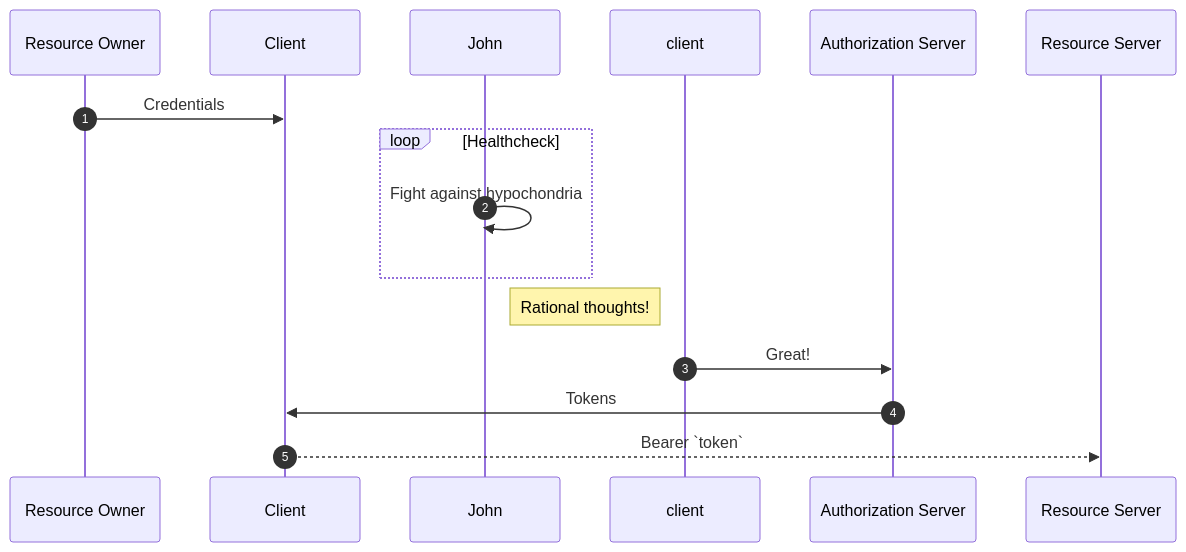
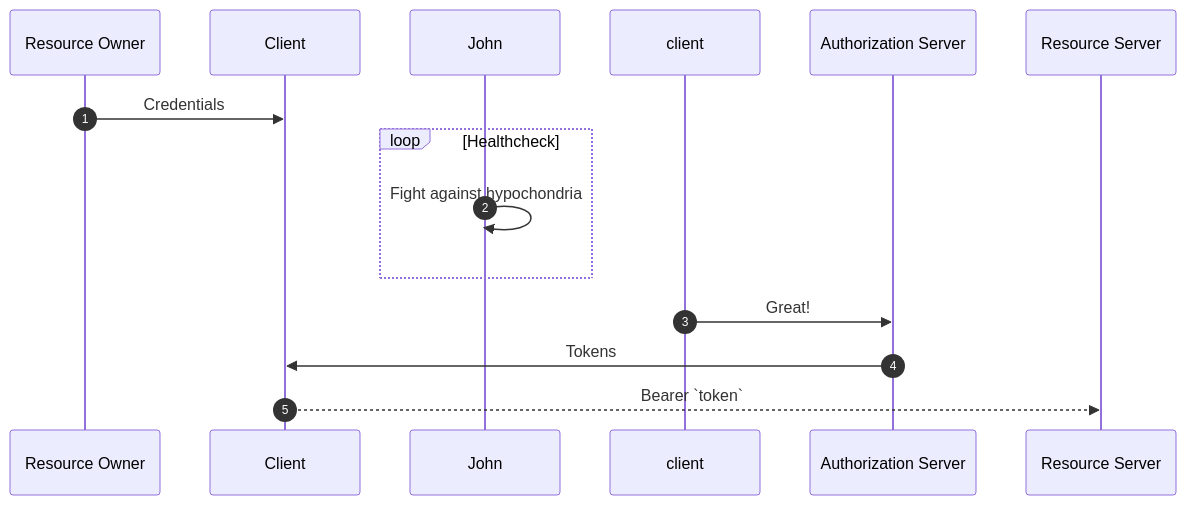
The diagram in docs/index.md (m-thirumal/oauth-authorization-server), drawn with Mermaid before and after one commit.

````diff
--- a/docs/index.md
+++ b/docs/index.md
@@ -9,13 +9,12 @@
 ``` mermaid
 sequenceDiagram
   autonumber
   Resource Owner->>Client: Credentials
   loop Healthcheck
       John->>John: Fight against hypochondria
   end
-  Note right of John: Rational thoughts!
   client->>Authorization Server: Great!
   Authorization Server->>Client: Tokens
   Client-->>Resource Server: Bearer `token`
 
 ```
````
